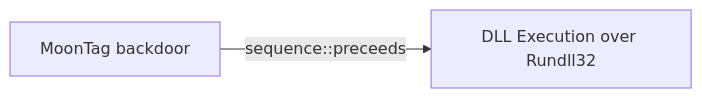
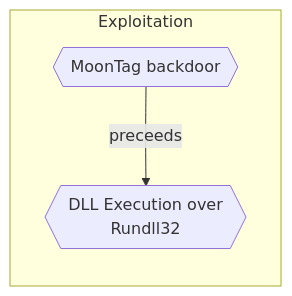
The diagram in docs/threats/moontag-backdoor.md (opentidehq/library), drawn with Mermaid before and after one commit. The commit also changed other lines of this file and 540 other files, not shown here.

````diff
--- a/docs/threats/moontag-backdoor.md
+++ b/docs/threats/moontag-backdoor.md
@@ -96,6 +103,8 @@
 ```mermaid
 flowchart LR
-4110c951_3120_49fb_b54b_3d3aa896296b["MoonTag backdoor"]
-f3a392f7_3268_4c54_8bfa_8117b784f520["DLL Execution over Rundll32"]
-4110c951_3120_49fb_b54b_3d3aa896296b -->|sequence::preceeds| f3a392f7_3268_4c54_8bfa_8117b784f520
+subgraph "Exploitation"
+4110c951_3120_49fb_b54b_3d3aa896296b{{"MoonTag backdoor"}}
+f3a392f7_3268_4c54_8bfa_8117b784f520{{"DLL Execution over<br>Rundll32"}}
+end
+4110c951_3120_49fb_b54b_3d3aa896296b -->|preceeds| f3a392f7_3268_4c54_8bfa_8117b784f520
 ```
````
